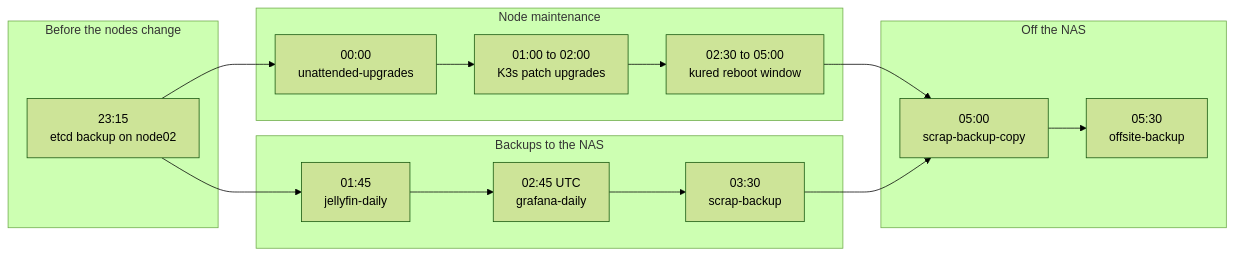
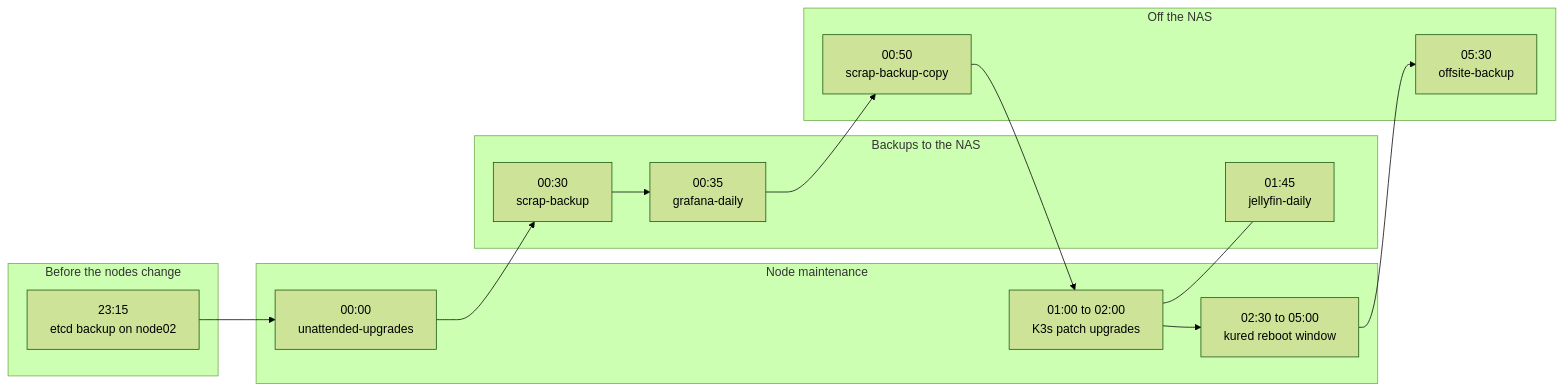
The second of 3 diagrams in docs/explanations/architecture/backups.md (gilesknap/tpi-k3s-ansible), drawn with Mermaid (forest theme) before and after one commit. The commit also changed other lines of this file and 10 other files, not shown here.

````diff
--- a/docs/explanations/architecture/backups.md
+++ b/docs/explanations/architecture/backups.md
@@ -139,28 +138,26 @@
 ```mermaid
 flowchart LR
     subgraph before["Before the nodes change"]
         etcd["23:15<br/>etcd backup on node02"]
     end
 
     subgraph maint["Node maintenance"]
         apt["00:00<br/>unattended-upgrades"]
         k3s["01:00 to 02:00<br/>K3s patch upgrades"]
         kured["02:30 to 05:00<br/>kured reboot window"]
     end
 
     subgraph tonas["Backups to the NAS"]
+        scrap["00:30<br/>scrap-backup"]
+        graf["00:35<br/>grafana-daily"]
         jf["01:45<br/>jellyfin-daily"]
-        graf["02:45 UTC<br/>grafana-daily"]
-        scrap["03:30<br/>scrap-backup"]
     end
 
     subgraph offnas["Off the NAS"]
-        copy["05:00<br/>scrap-backup-copy"]
+        copy["00:50<br/>scrap-backup-copy"]
         off["05:30<br/>offsite-backup"]
     end
 
-    etcd --> apt --> k3s --> kured
-    etcd --> jf --> graf --> scrap
-    kured --> copy
-    scrap --> copy --> off
+    etcd --> apt --> scrap --> graf --> copy --> k3s --> kured --> off
+    k3s --- jf
 ```
````
